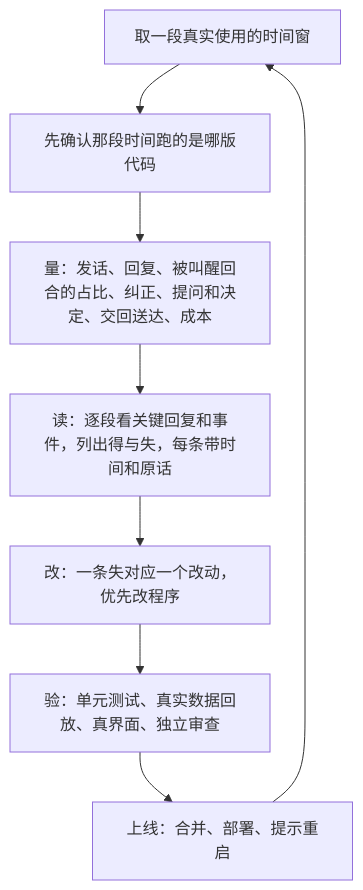
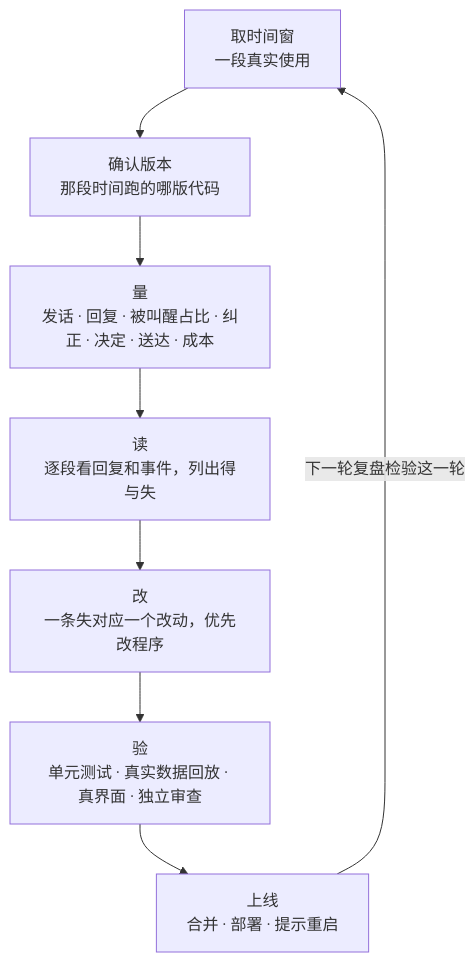
Before and after one commit to stofancy/omp-chengxiangfu: diagram 15 of 17 in docs/注意力稀缺下的harness调度.md, drawn with Mermaid. The commit also changed other lines of this file and 6 other files, not shown here.

First line of the commit message:
docs(文章): 新增网页版和多种 mermaid 图，1.5 节换成多任务例子

````diff
--- a/docs/注意力稀缺下的harness调度.md
+++ b/docs/注意力稀缺下的harness调度.md
@@ -259,10 +431,10 @@
 ```mermaid
-flowchart TD
-    A["取一段真实使用的时间窗"] --> B["先确认那段时间跑的是哪版代码"]
-    B --> C["量：发话、回复、被叫醒回合的占比、纠正、提问和决定、交回送达、成本"]
-    C --> D["读：逐段看关键回复和事件，列出得与失，每条带时间和原话"]
-    D --> E["改：一条失对应一个改动，优先改程序"]
-    E --> F["验：单元测试、真实数据回放、真界面、独立审查"]
-    F --> G["上线：合并、部署、提示重启"]
-    G --> A
+flowchart TB
+    A["取时间窗<br/>一段真实使用"] --> B["确认版本<br/>那段时间跑的哪版代码"]
+    B --> C["量<br/>发话 · 回复 · 被叫醒占比 · 纠正 · 决定 · 送达 · 成本"]
+    C --> D["读<br/>逐段看回复和事件，列出得与失"]
+    D --> E["改<br/>一条失对应一个改动，优先改程序"]
+    E --> F["验<br/>单元测试 · 真实数据回放 · 真界面 · 独立审查"]
+    F --> G["上线<br/>合并 · 部署 · 提示重启"]
+    G -->|"下一轮复盘检验这一轮"| A
 ```
````
